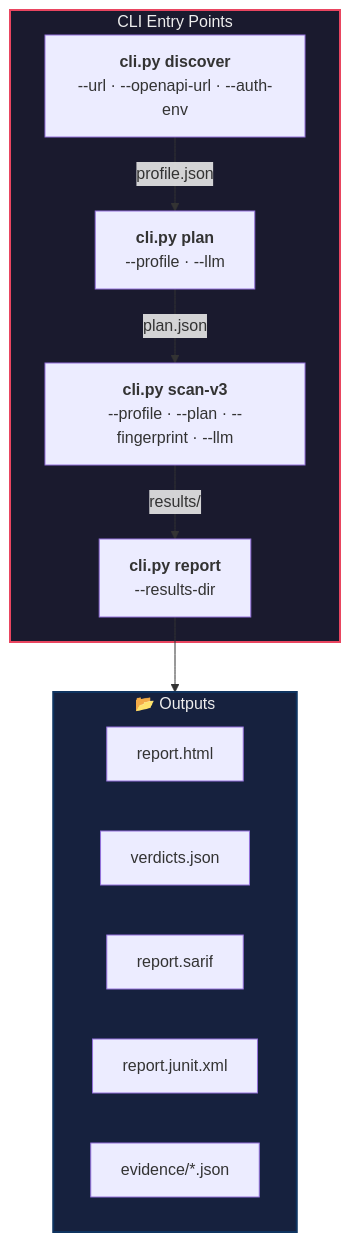
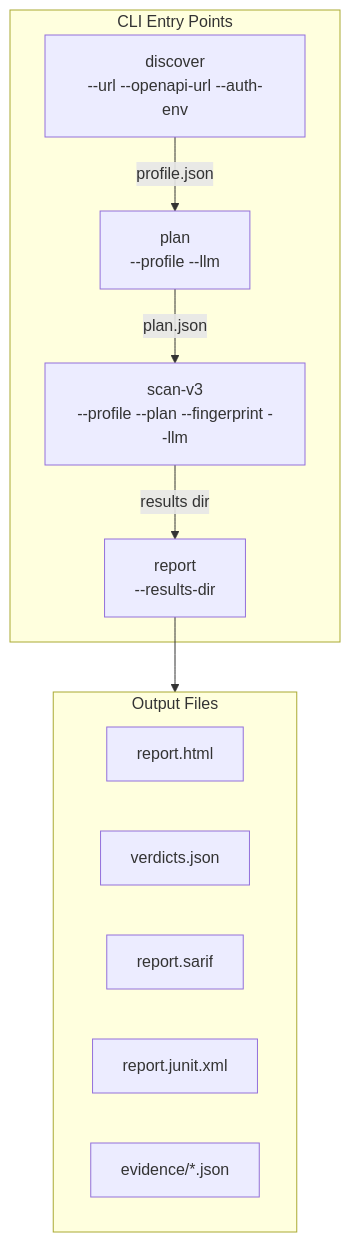
The third of 8 diagrams in README.md (krishddd/security-module), drawn with Mermaid before and after one commit. The commit also changed other lines of this file, not shown here.

Commit message:
fix: rewrite Mermaid diagrams for GitHub compatibility - remove HTML tags and style directives

````diff
--- a/README.md
+++ b/README.md
@@ -113,26 +101,23 @@
 ```mermaid
 flowchart TB
     subgraph CLI["CLI Entry Points"]
-        discover["<b>cli.py discover</b><br/>--url · --openapi-url · --auth-env"]
-        plan["<b>cli.py plan</b><br/>--profile · --llm"]
-        scanv3["<b>cli.py scan-v3</b><br/>--profile · --plan · --fingerprint · --llm"]
-        report["<b>cli.py report</b><br/>--results-dir"]
+        discover["discover\n--url --openapi-url --auth-env"]
+        plan["plan\n--profile --llm"]
+        scanv3["scan-v3\n--profile --plan --fingerprint --llm"]
+        report["report\n--results-dir"]
     end
 
-    discover -->|"profile.json"| plan
-    plan -->|"plan.json"| scanv3
-    scanv3 -->|"results/"| report
+    discover -->|profile.json| plan
+    plan -->|plan.json| scanv3
+    scanv3 -->|results dir| report
 
-    subgraph Outputs["📂 Outputs"]
+    subgraph Outputs["Output Files"]
         html["report.html"]
         json["verdicts.json"]
         sarif["report.sarif"]
         junit["report.junit.xml"]
         evidence["evidence/*.json"]
     end
 
     report --> Outputs
-
-    style CLI fill:#1a1a2e,stroke:#e94560,stroke-width:2px,color:#eee
-    style Outputs fill:#16213e,stroke:#0f3460,stroke-width:2px,color:#eee
 ```
````
